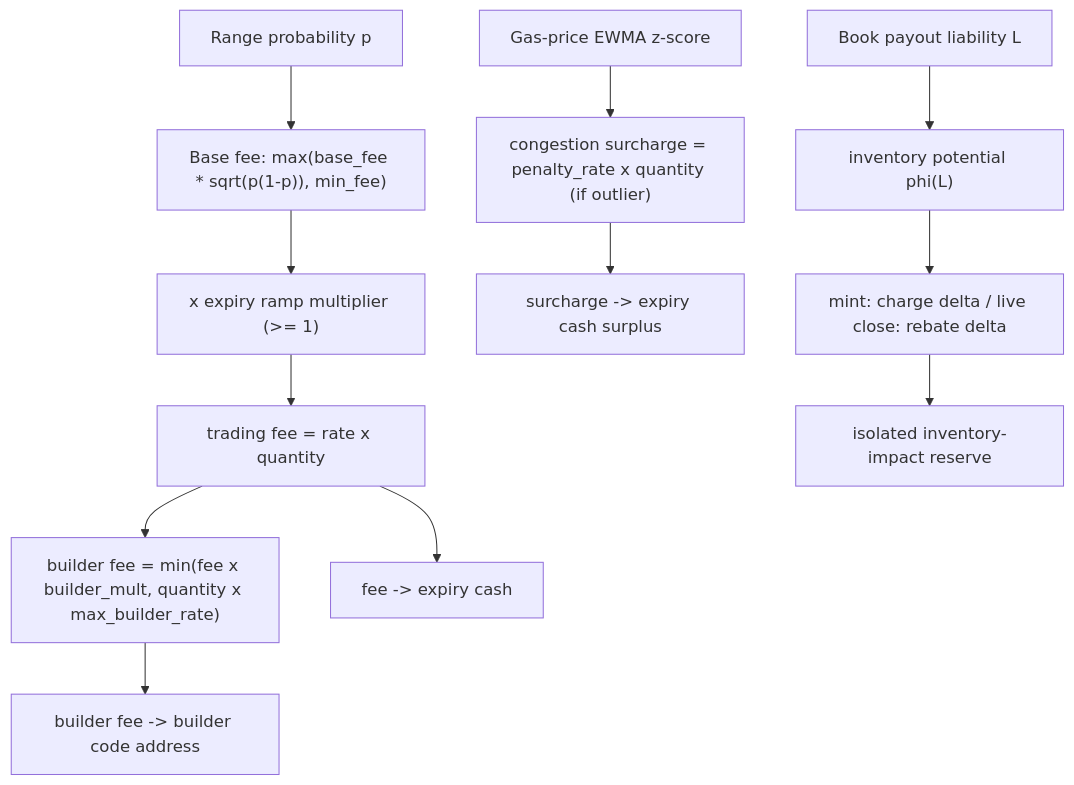
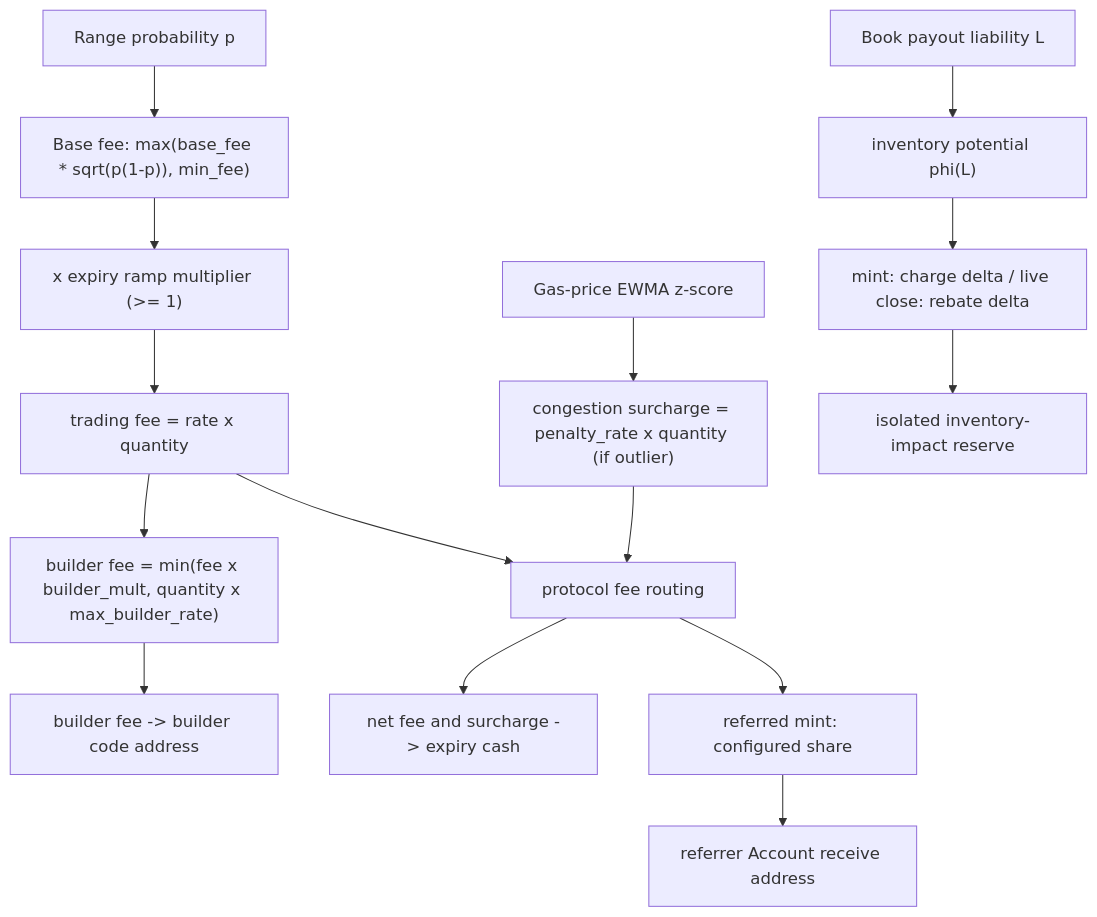
Before and after one commit to MystenLabs/deepbookv3: the diagram in packages/predict/docs/concepts/fees-and-rebates.md, drawn with Mermaid. The commit also changed other lines of this file and 17 other files, not shown here.

````diff
--- a/packages/predict/docs/concepts/fees-and-rebates.md
+++ b/packages/predict/docs/concepts/fees-and-rebates.md
@@ -148,14 +166,17 @@
 ```mermaid
 flowchart TD
     P[Range probability p] --> BF["Base fee: max(base_fee * sqrt(p(1-p)), min_fee)"]
     BF --> RAMP["x expiry ramp multiplier (>= 1)"]
     RAMP --> FEE[trading fee = rate x quantity]
     FEE --> BUILD["builder fee = min(fee x builder_mult, quantity x max_builder_rate)"]
     GAS[Gas-price EWMA z-score] --> CONG["congestion surcharge = penalty_rate x quantity (if outlier)"]
-    FEE --> COLLECT[fee -> expiry cash]
     BUILD --> BUILDER[builder fee -> builder code address]
-    CONG --> SURPLUS[surcharge -> expiry cash surplus]
+    FEE --> ROUTE[protocol fee routing]
+    CONG --> ROUTE
+    ROUTE --> COLLECT[net fee and surcharge -> expiry cash]
+    ROUTE --> REF[referred mint: configured share]
+    REF --> RACCOUNT[referrer Account receive address]
     L[Book payout liability L] --> PHI["inventory potential phi(L)"]
     PHI --> IMPACT["mint: charge delta / live close: rebate delta"]
     IMPACT --> IRESERVE[isolated inventory-impact reserve]
 ```
````
